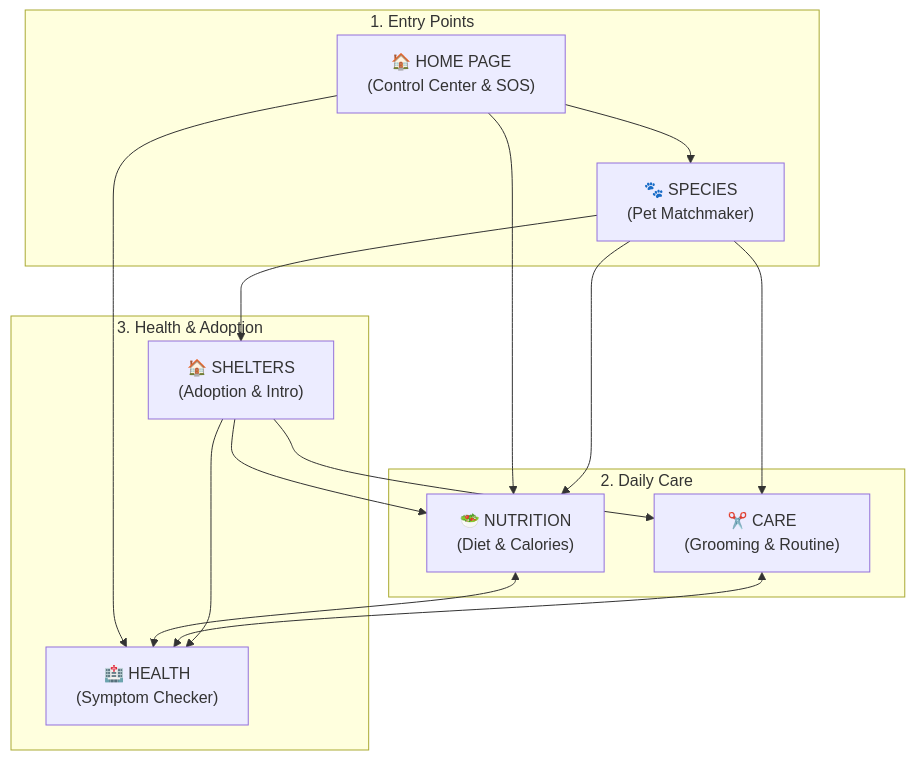
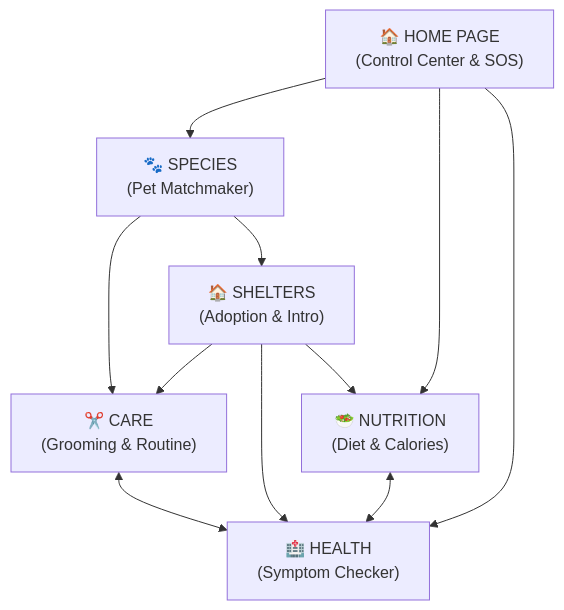
Before and after one commit to 93rdmogila/PetCareWebMidTerm: the diagram in README.md, drawn with Mermaid.

````diff
--- a/README.md
+++ b/README.md
@@ -7,32 +7,26 @@
 ```mermaid
-graph TD
-    subgraph Core ["1. Entry Points"]
-        Home["🏠 HOME PAGE<br/>(Control Center & SOS)"]
-        Species["🐾 SPECIES<br/>(Pet Matchmaker)"]
-    end
+graph TB
+    Home["🏠 HOME PAGE<br/>(Control Center & SOS)"]
+    Species["🐾 SPECIES<br/>(Pet Matchmaker)"]
+    
+    Nutrition["🥗 NUTRITION<br/>(Diet & Calories)"]
+    Care["✂️ CARE<br/>(Grooming & Routine)"]
+    
+    Health["🏥 HEALTH<br/>(Symptom Checker)"]
+    Shelters["🏠 SHELTERS<br/>(Adoption & Intro)"]
 
-    subgraph CareHub ["2. Daily Care"]
-        Nutrition["🥗 NUTRITION<br/>(Diet & Calories)"]
-        Care["✂️ CARE<br/>(Grooming & Routine)"]
-    end
-
-    subgraph Welfare ["3. Health & Adoption"]
-        Health["🏥 HEALTH<br/>(Symptom Checker)"]
-        Shelters["🏠 SHELTERS<br/>(Adoption & Intro)"]
-    end
-
+    %% Направление связей сверху вниз
     Home --> Species
     Home --> Nutrition
     Home --> Health
 
-    Species --> Nutrition
     Species --> Care
     Species --> Shelters
 
     Nutrition <--> Health
     Care <--> Health
 
     Shelters --> Care
     Shelters --> Health
     Shelters --> Nutrition
 ```
````
